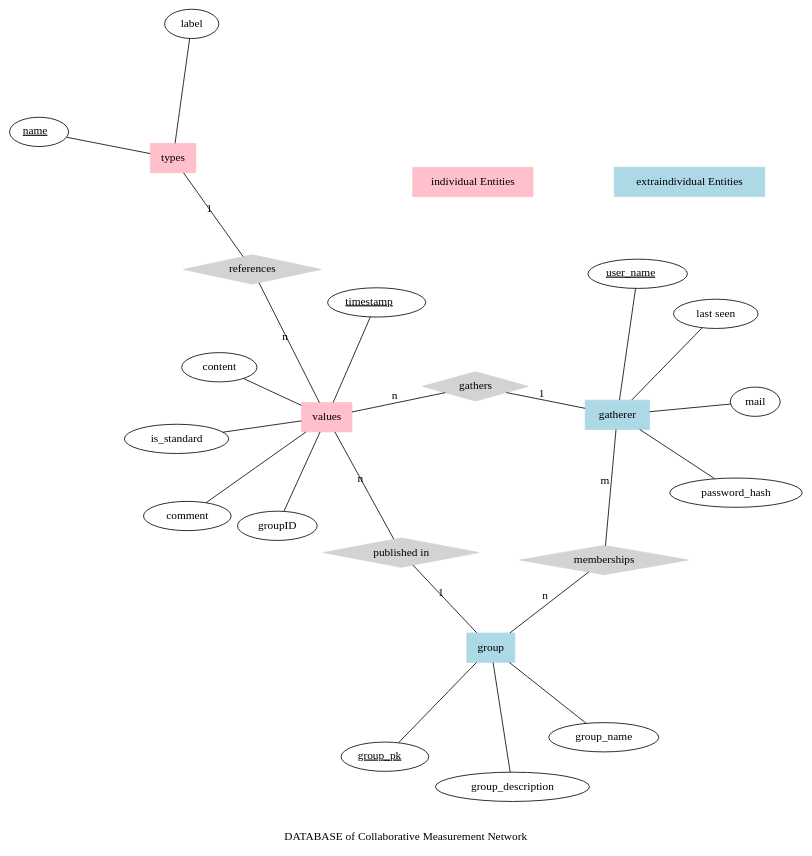
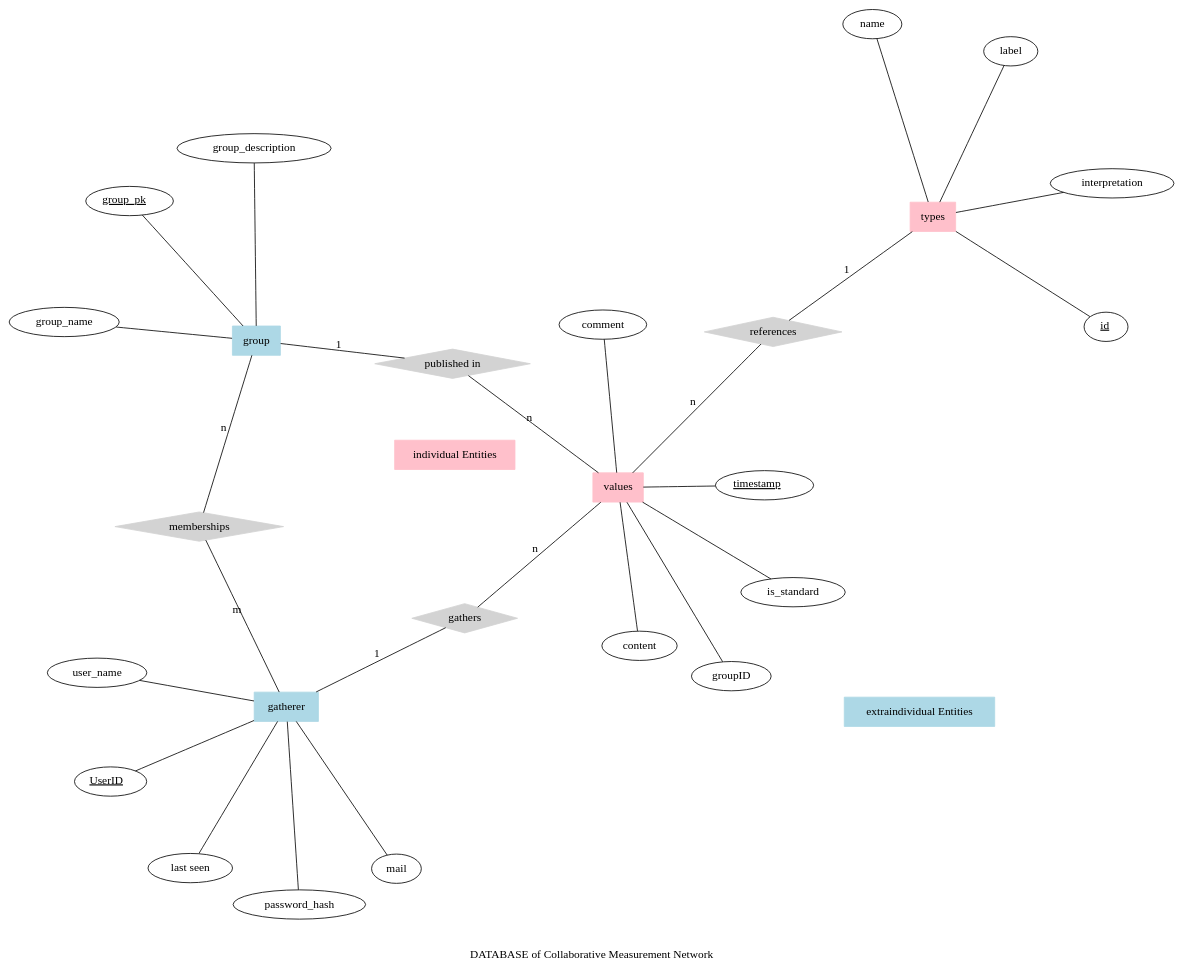
Before and after one commit to gruener-campus-malchow/colamator: the diagram in doc/erm.dot, drawn with Graphviz. The commit also changed 2 other files, not shown here.

```diff
--- a/doc/erm.dot
+++ b/doc/erm.dot
@@ -1,62 +1,67 @@
 graph ER {
 
     layout = neato;
     overlap = false;
     
     
     //individual attributes    
-    node [shape=ellipse] { name0; label; comment; content; timestamp; status; is_standard; groupID;}
+    node [shape=ellipse] { UserID; interpretation; id; name0; label; comment; content; timestamp; status; is_standard; groupID;}
     //extraindividual attributes
     node [shape=ellipse]{  groupPK; group_name; group_description; user_name; password_hash; mail;}
     //relationships
     node [shape=diamond,style=filled,color=lightgrey] {"references"; "gathers"; "memberships"; "published in"} 
     //extraindividual entities
     node [shape=box, color=lightblue] {"group"; user; "extraindividual Entities"}
     // individual Entities
     node [shape=box color=pink]{ types; values; "individual Entities"};
     
-    user_name [label=<<u>user_name</u>>];
+    UserID [label=<<u>UserID</u>>];
     groupPK  [label=<<u>group_pk</u>>];
-    
-    name0 -- types;
-    label -- types;
-    name0 [label=<<u>name</u>>];
+    id [label=<<u>id</u>>];
+   
+    name0 [label=name];
     
     user [label = "gatherer"]
     
     content -- values;
     is_standard -- values;
     timestamp -- values;
     comment -- values;
     
     timestamp [label=<<u>timestamp</u>>];
     
     status -- user;
     
     status [label="last seen"];
     groupID -- values;
     
     types -- "references" [label="1",len=1.00];
     values -- "references" [label="n",len=1.00];
     
     user -- "gathers" [label="1",len=1.00];
     values -- "gathers" [label="n",len=1.00];
     
+    types -- label;
+    types -- name0;
+    types -- id;
+    types -- interpretation;
+    
     "group" -- groupPK;
     "group" -- group_name;
     "group" -- group_description;
     
     user -- password_hash; 
     user -- mail;
     user -- user_name;
+    user -- UserID;
     
     memberships -- group [label="n",len=1.00];
     memberships -- user [label="m",len=1.00];
     
     "published in" -- values [label="n",len=1.00];
     "published in" -- group [label="1",len=1.00];
     
     label = "\n\nDATABASE of Collaborative Measurement Network";
     
     fontsize=14;
 }
```
